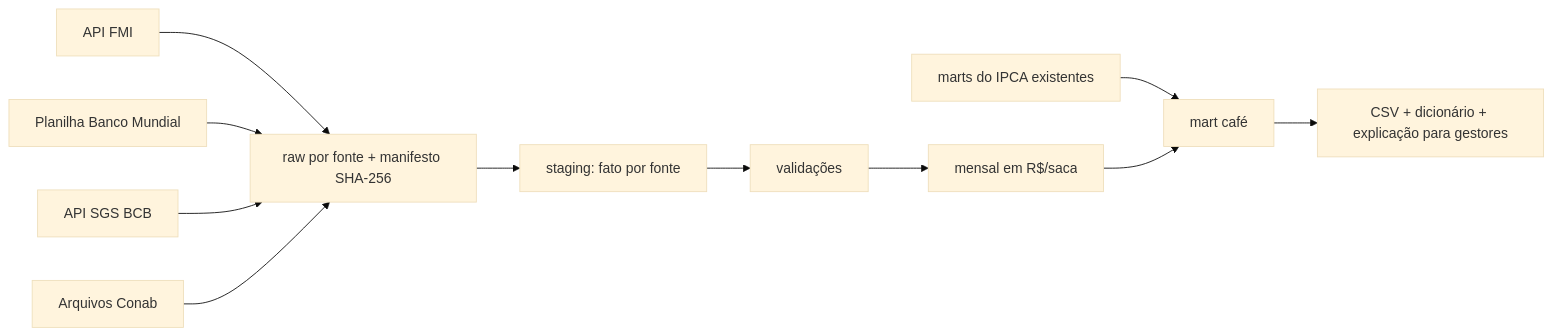
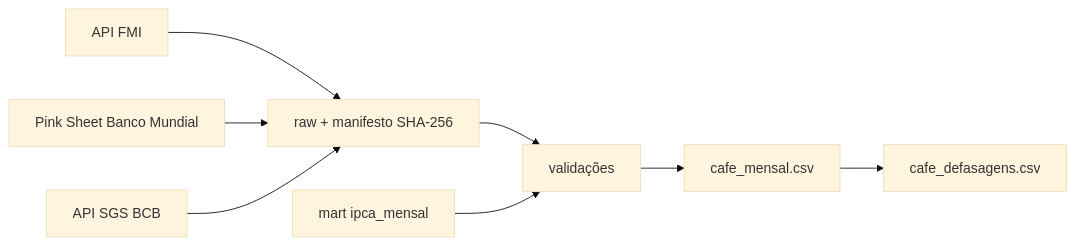
One commit to marcelo7bastos/macroeconomia-agricultura-familiar changed the diagram in docs/projetos/cafe-piloto.md. Above: the diagram before and after it, drawn with Mermaid (base theme). The commit also changed other lines of this file and 535 other files, not shown here.

First line of the commit message:
Implementa o piloto do café: FMI, Banco Mundial e PTAX × café no IPCA (#62)

````diff
--- a/docs/projetos/cafe-piloto.md
+++ b/docs/projetos/cafe-piloto.md
@@ -67,13 +18,10 @@
 ```mermaid
 flowchart LR
-    A[API FMI] --> R[raw por fonte + manifesto SHA-256]
-    B[Planilha Banco Mundial] --> R
+    A[API FMI] --> R[raw + manifesto SHA-256]
+    B[Pink Sheet Banco Mundial] --> R
     C[API SGS BCB] --> R
-    D[Arquivos Conab] --> R
-    R --> S[staging: fato por fonte]
-    S --> V[validações]
-    V --> M[mensal em R$/saca]
-    I[marts do IPCA existentes] --> X[mart café]
-    M --> X
-    X --> O[CSV + dicionário + explicação para gestores]
+    R --> V[validações]
+    I[mart ipca_mensal] --> V
+    V --> M[cafe_mensal.csv]
+    M --> D[cafe_defasagens.csv]
 ```
````
